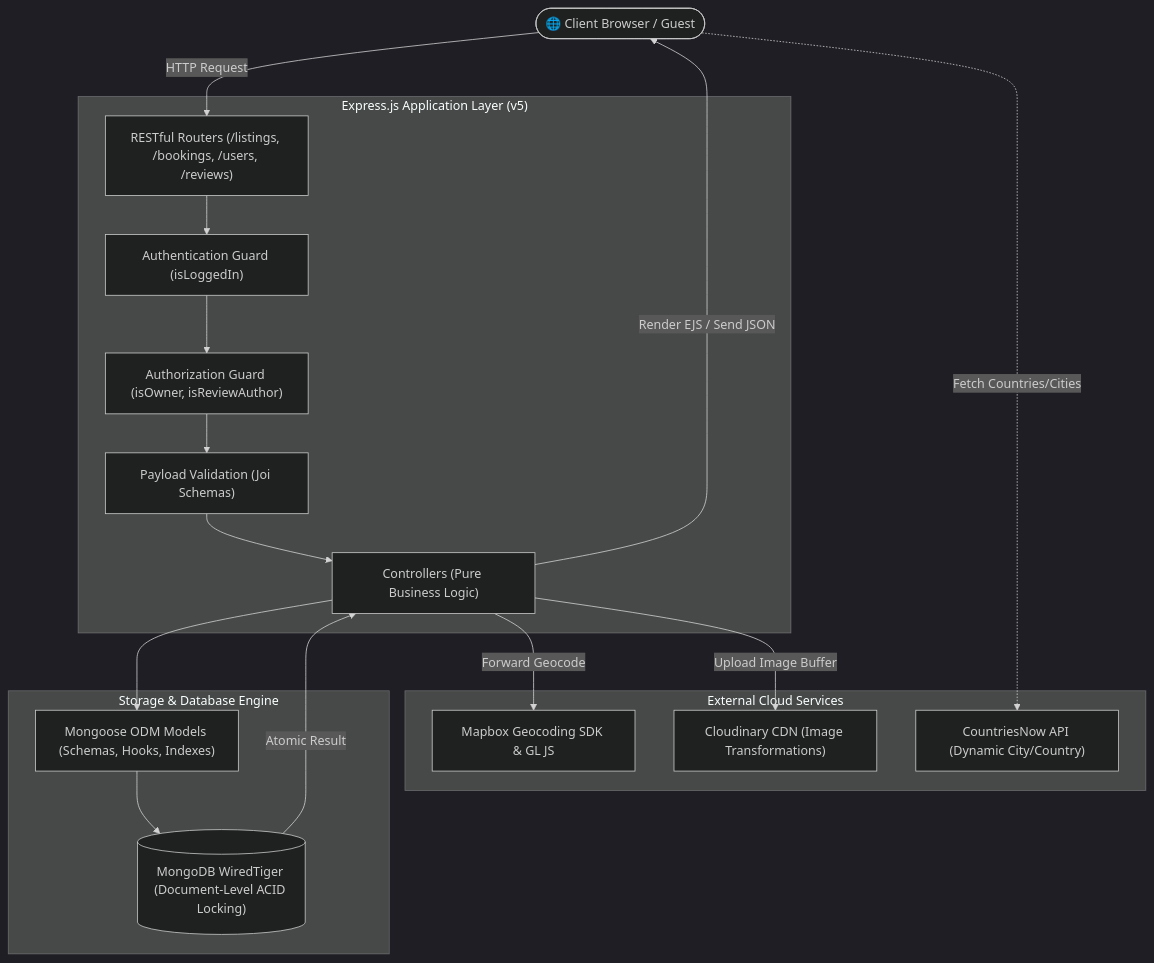
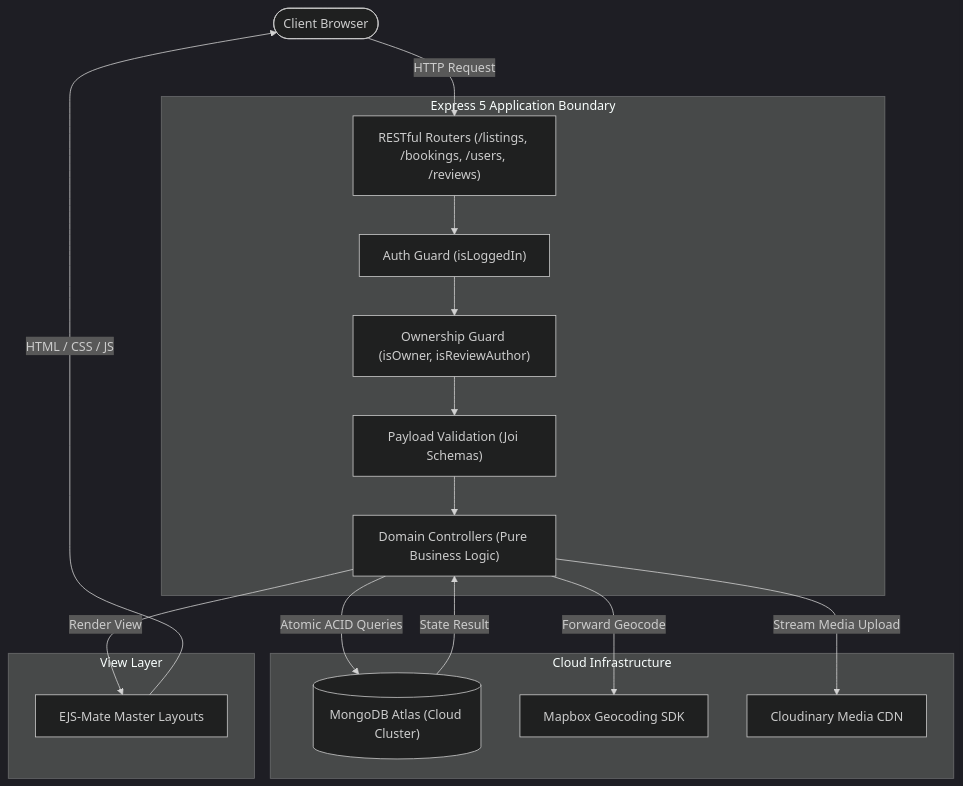
The diagram in README.md (tusharr-mishra/AthithiBandhu), drawn with Mermaid (dark theme) before and after one commit. The commit also changed other lines of this file, not shown here.

Commit message:
Fix image paths, center diagrams, and refine FAANG layout in README

````diff
--- a/README.md
+++ b/README.md
@@ -69,32 +102,31 @@
 ```mermaid
 flowchart TD
-    Client([🌐 Client Browser / Guest])
-    
-    subgraph Express_App ["Express.js Application Layer (v5)"]
+    Client([Client Browser])
+
+    subgraph App_Layer ["Express 5 Application Boundary"]
         Router["RESTful Routers (/listings, /bookings, /users, /reviews)"]
-        MW_Auth["Authentication Guard (isLoggedIn)"]
-        MW_Perm["Authorization Guard (isOwner, isReviewAuthor)"]
-        MW_Val["Payload Validation (Joi Schemas)"]
-        Controllers["Controllers (Pure Business Logic)"]
+        AuthGuard["Auth Guard (isLoggedIn)"]
+        OwnerGuard["Ownership Guard (isOwner, isReviewAuthor)"]
+        JoiVal["Payload Validation (Joi Schemas)"]
+        Controllers["Domain Controllers (Pure Business Logic)"]
     end
-    
-    subgraph External_Services ["External Cloud Services"]
-        Mapbox["Mapbox Geocoding SDK & GL JS"]
-        Cloudinary["Cloudinary CDN (Image Transformations)"]
-        GeoAPI["CountriesNow API (Dynamic City/Country)"]
+
+    subgraph External_Cloud ["Cloud Infrastructure"]
+        Atlas[("MongoDB Atlas (Cloud Cluster)")]
+        MapboxSDK["Mapbox Geocoding SDK"]
+        CloudinaryCDN["Cloudinary Media CDN"]
     end
-    
-    subgraph Database_Layer ["Storage & Database Engine"]
-        Mongoose["Mongoose ODM Models (Schemas, Hooks, Indexes)"]
-        WiredTiger[("MongoDB WiredTiger (Document-Level ACID Locking)")]
+
+    subgraph Presentation ["View Layer"]
+        EJSTemplates["EJS-Mate Master Layouts"]
     end
 
     Client -->|HTTP Request| Router
-    Router --> MW_Auth --> MW_Perm --> MW_Val --> Controllers
-    Controllers -->|Forward Geocode| Mapbox
-    Controllers -->|Upload Image Buffer| Cloudinary
-    Client -.->|Fetch Countries/Cities| GeoAPI
-    Controllers --> Mongoose --> WiredTiger
-    WiredTiger -->|Atomic Result| Controllers
-    Controllers -->|Render EJS / Send JSON| Client
+    Router --> AuthGuard --> OwnerGuard --> JoiVal --> Controllers
+    Controllers -->|Forward Geocode| MapboxSDK
+    Controllers -->|Stream Media Upload| CloudinaryCDN
+    Controllers -->|Atomic ACID Queries| Atlas
+    Atlas -->|State Result| Controllers
+    Controllers -->|Render View| EJSTemplates
+    EJSTemplates -->|HTML / CSS / JS| Client
 ```
````
